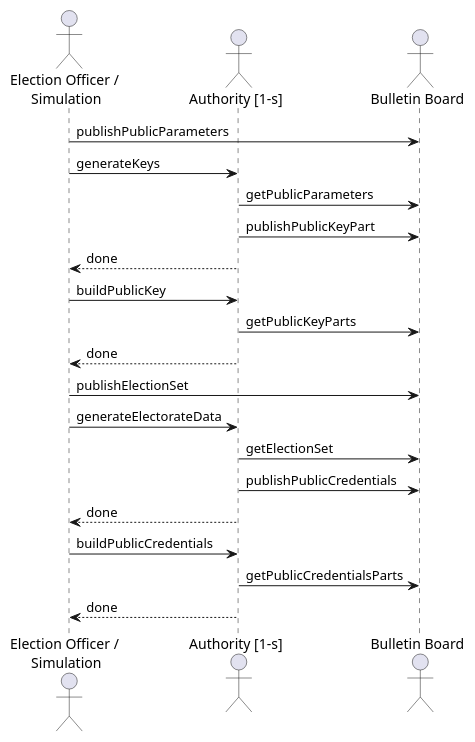
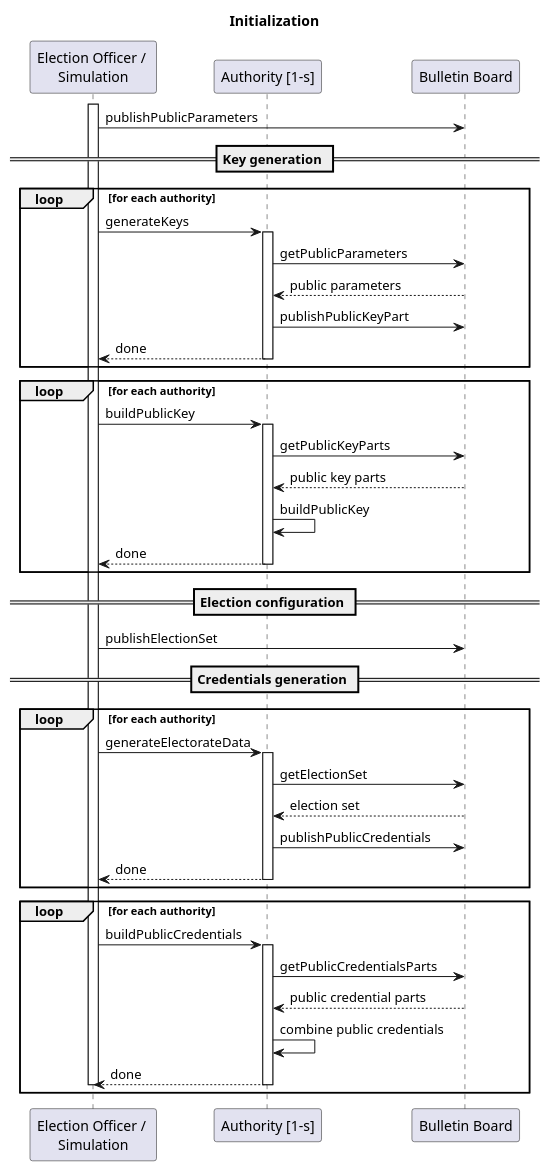
The diagram in doc/sequence/Initialization.puml (republique-et-canton-de-geneve/chvote-protocol-poc), drawn with PlantUML before and after one commit. The commit also changed 11 other files, not shown here.

Commit message:
Improve sequence diagrams

```diff
--- a/doc/sequence/Initialization.puml
+++ b/doc/sequence/Initialization.puml
@@ -1,26 +1,57 @@
 @startuml
-actor "Election Officer / \nSimulation" as eo
-actor "Authority [1-s]" as auth
-actor "Bulletin Board" as bb
+title Initialization
 
+participant "Election Officer / \nSimulation" as eo
+participant "Authority [1-s]" as auth
+participant "Bulletin Board" as bb
+
+activate eo
 eo -> bb : publishPublicParameters
 
-eo -> auth : generateKeys
-auth -> bb : getPublicParameters
-auth -> bb : publishPublicKeyPart
-auth --> eo : done
+== Key generation ==
+loop for each authority
+    eo -> auth : generateKeys
+    activate auth
+    auth -> bb : getPublicParameters
+    bb --> auth : public parameters
+    auth -> bb : publishPublicKeyPart
+    auth --> eo : done
+    deactivate auth
+end
 
-eo -> auth : buildPublicKey
-auth -> bb : getPublicKeyParts
-auth --> eo : done
+loop for each authority
+    eo -> auth : buildPublicKey
+    activate auth
+    auth -> bb : getPublicKeyParts
+    bb --> auth : public key parts
+    auth -> auth : buildPublicKey
+    auth --> eo : done
+    deactivate auth
+end
+
+== Election configuration ==
 
 eo -> bb : publishElectionSet
-eo -> auth : generateElectorateData
-auth -> bb : getElectionSet
-auth -> bb : publishPublicCredentials
-auth --> eo : done
 
-eo -> auth : buildPublicCredentials
-auth -> bb : getPublicCredentialsParts
-auth --> eo : done
+== Credentials generation ==
+loop for each authority
+    eo -> auth : generateElectorateData
+    activate auth
+    auth -> bb : getElectionSet
+    bb --> auth : election set
+    auth -> bb : publishPublicCredentials
+    auth --> eo : done
+    deactivate auth
+end
+
+loop for each authority
+    eo -> auth : buildPublicCredentials
+    activate auth
+    auth -> bb : getPublicCredentialsParts
+    bb --> auth : public credential parts
+    auth -> auth : combine public credentials
+    auth --> eo : done
+    deactivate auth
+    deactivate eo
+end
 @enduml
```
